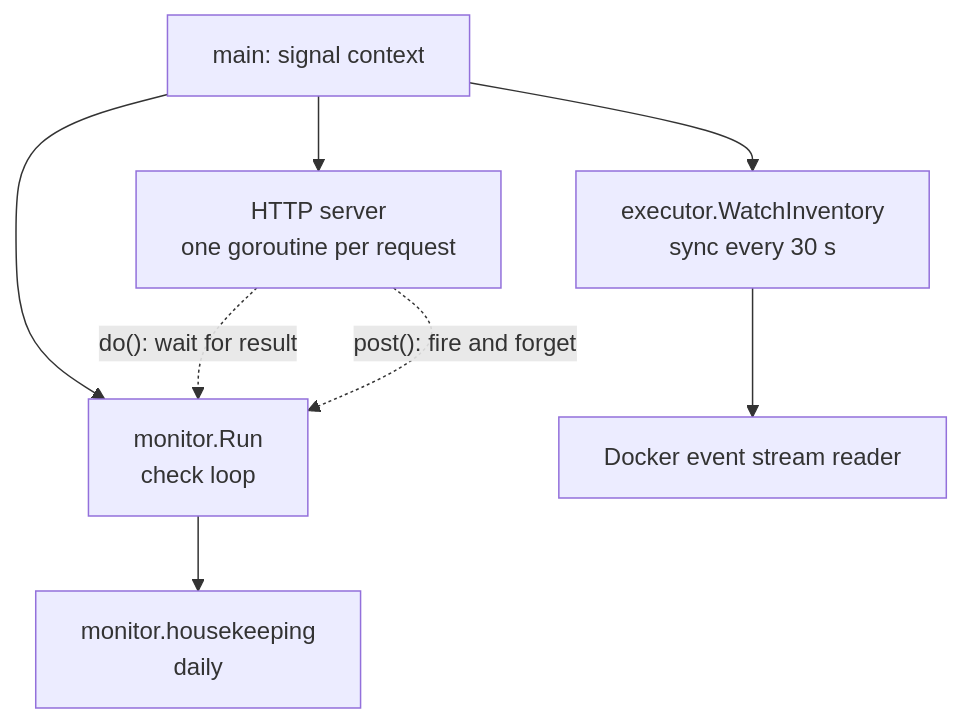
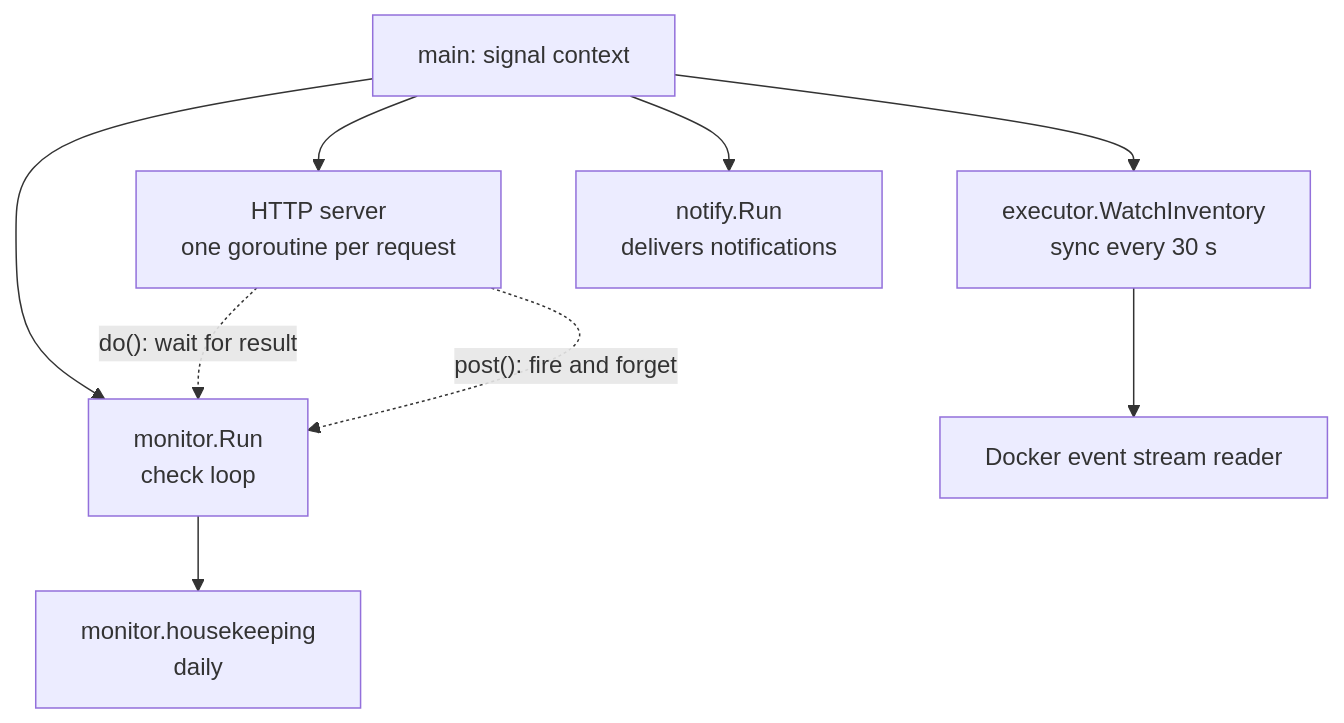
The second of 3 diagrams in docs/technical/architecture.md (zjcochran/wan-drawbridge), drawn with Mermaid before and after one commit. The commit also changed other lines of this file and 30 other files, not shown here.

````diff
--- a/docs/technical/architecture.md
+++ b/docs/technical/architecture.md
@@ -75,10 +76,11 @@
 ```mermaid
 flowchart TB
     main[main: signal context] --> http[HTTP server<br/>one goroutine per request]
     main --> loop[monitor.Run<br/>check loop]
     main --> inv[executor.WatchInventory<br/>sync every 30 s]
     inv --> ev[Docker event stream reader]
     loop --> hk[monitor.housekeeping<br/>daily]
+    main --> nt[notify.Run<br/>delivers notifications]
     http -. "do(): wait for result" .-> loop
     http -. "post(): fire and forget" .-> loop
 ```
````
